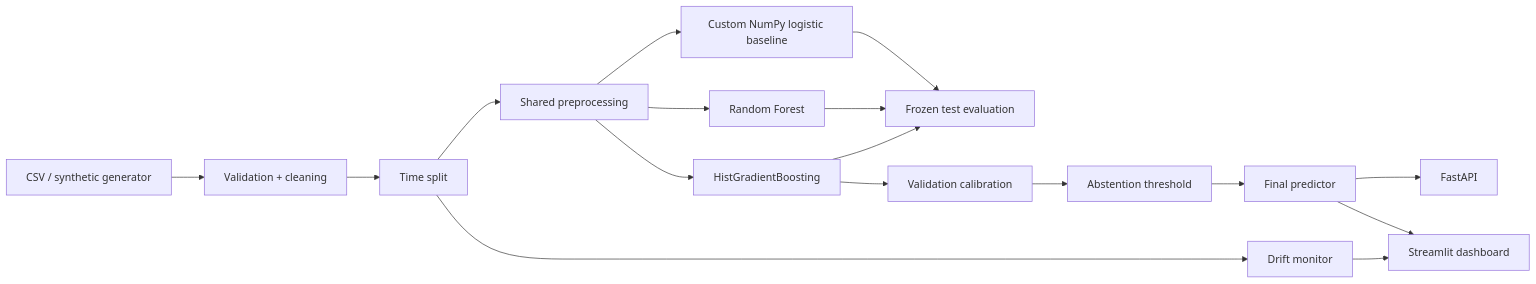
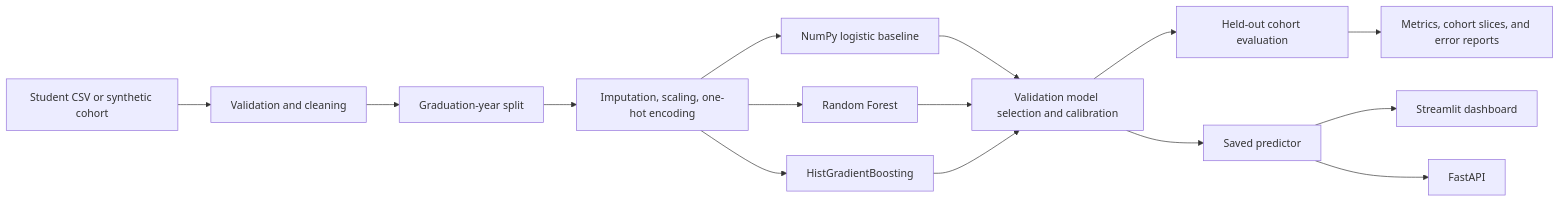
One commit to srishsrujan/Placement_Predictor-ML changed the diagram in docs/architecture.md. Above: the diagram before and after it, drawn with Mermaid. The commit also changed other lines of this file and 31 other files, not shown here.

````diff
--- a/docs/architecture.md
+++ b/docs/architecture.md
@@ -3,19 +3,17 @@
 ```mermaid
 flowchart LR
-    A[CSV / synthetic generator] --> B[Validation + cleaning]
-    B --> C[Time split]
-    C --> D[Shared preprocessing]
-    D --> E[Custom NumPy logistic baseline]
+    A[Student CSV or synthetic cohort] --> B[Validation and cleaning]
+    B --> C[Graduation-year split]
+    C --> D[Imputation, scaling, one-hot encoding]
+    D --> E[NumPy logistic baseline]
     D --> F[Random Forest]
     D --> G[HistGradientBoosting]
-    E --> H[Frozen test evaluation]
+    E --> H[Validation model selection and calibration]
     F --> H
     G --> H
-    G --> I[Validation calibration]
-    I --> J[Abstention threshold]
-    J --> K[Final predictor]
-    K --> L[FastAPI]
-    K --> M[Streamlit dashboard]
-    C --> N[Drift monitor]
-    N --> M
+    H --> I[Held-out cohort evaluation]
+    H --> J[Saved predictor]
+    J --> K[Streamlit dashboard]
+    J --> L[FastAPI]
+    I --> M[Metrics, cohort slices, and error reports]
 ```
````
